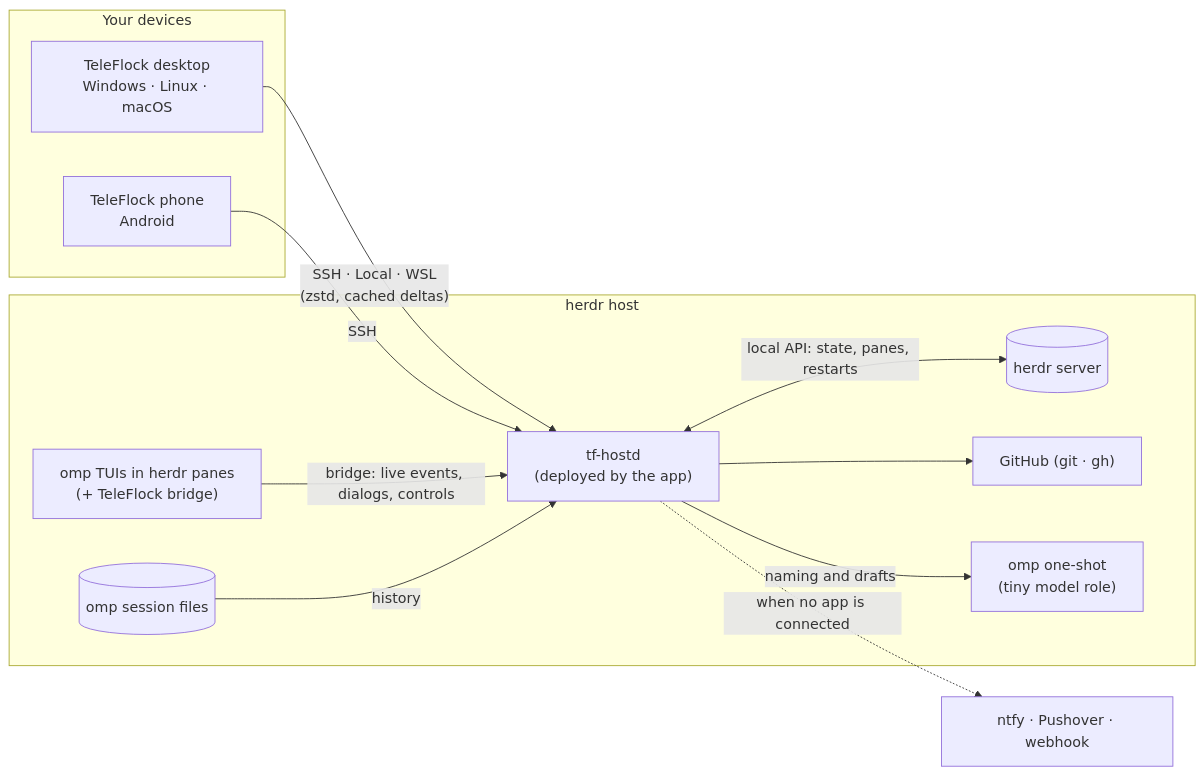
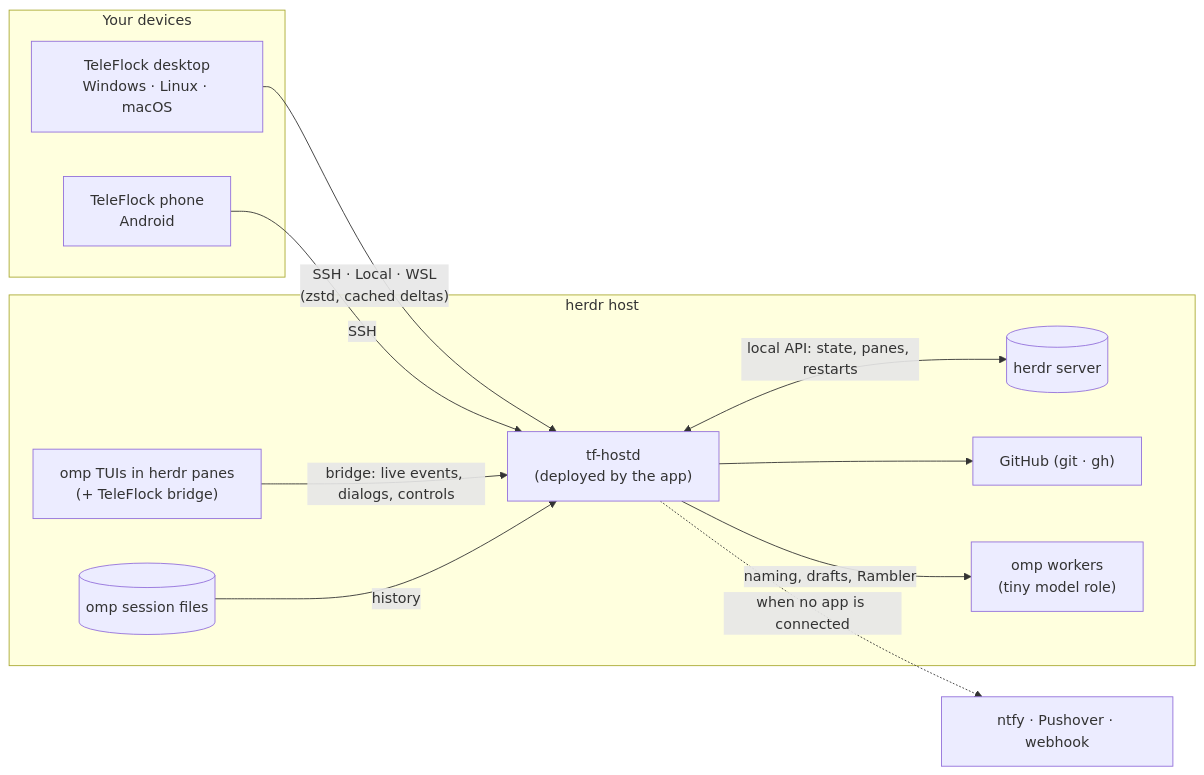
One commit to studioplascode/TeleFlock changed the diagram in README.md. Above: the diagram before and after it, drawn with Mermaid. The commit also changed other lines of this file and 753 other files, not shown here.

````diff
--- a/README.md
+++ b/README.md
@@ -246,24 +253,24 @@
 ```mermaid
 flowchart LR
   subgraph devices["Your devices"]
     desk["TeleFlock desktop<br/>Windows · Linux · macOS"]
     phone["TeleFlock phone<br/>Android"]
   end
   subgraph host["herdr host"]
     hostd["tf-hostd<br/>(deployed by the app)"]
     omp["omp TUIs in herdr panes<br/>(+ TeleFlock bridge)"]
     files[("omp session files")]
     herdr[("herdr server")]
     gh["GitHub (git · gh)"]
-    tiny["omp one-shot<br/>(tiny model role)"]
+    tiny["omp workers<br/>(tiny model role)"]
   end
   push["ntfy · Pushover · webhook"]
   desk -- "SSH · Local · WSL<br/>(zstd, cached deltas)" --> hostd
   phone -- "SSH" --> hostd
   omp -- "bridge: live events, dialogs, controls" --> hostd
   files -- "history" --> hostd
   hostd <-- "local API: state, panes, restarts" --> herdr
   hostd --> gh
-  hostd -- "naming and drafts" --> tiny
+  hostd -- "naming, drafts, Rambler" --> tiny
   hostd -. "when no app is connected" .-> push
 ```
````
